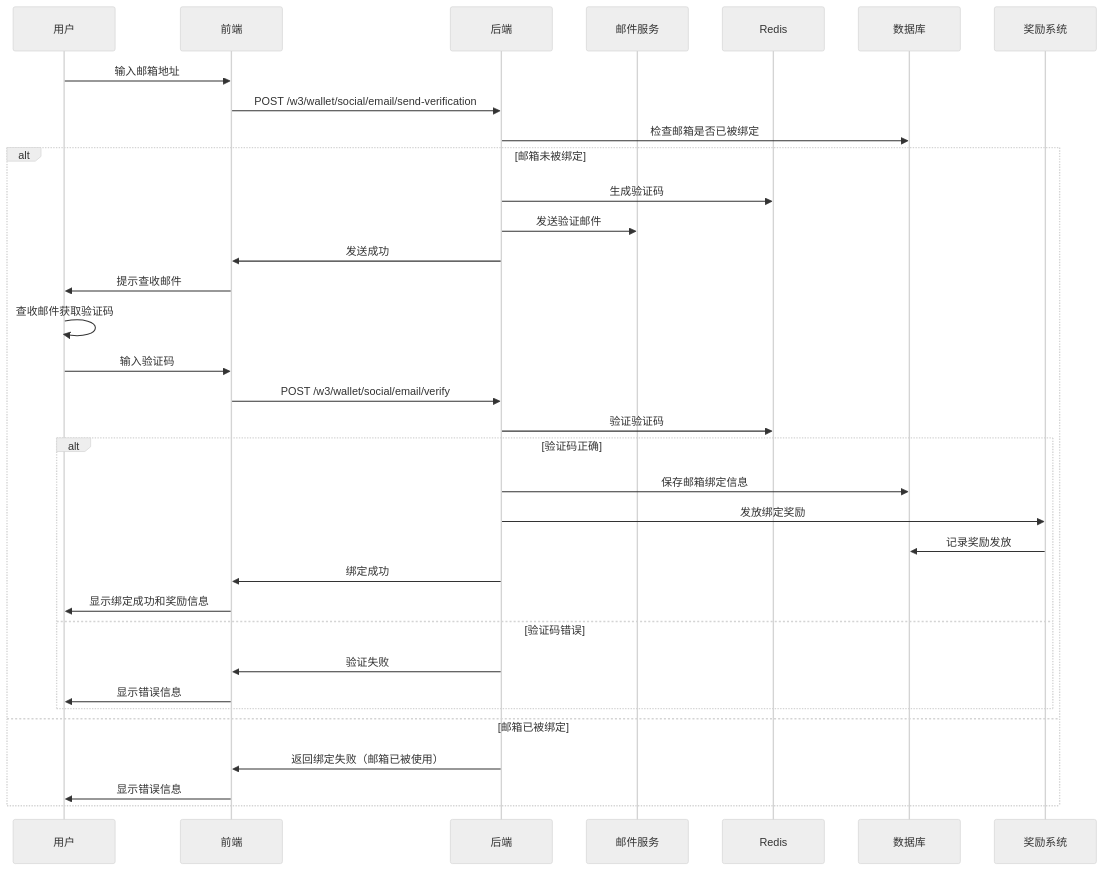
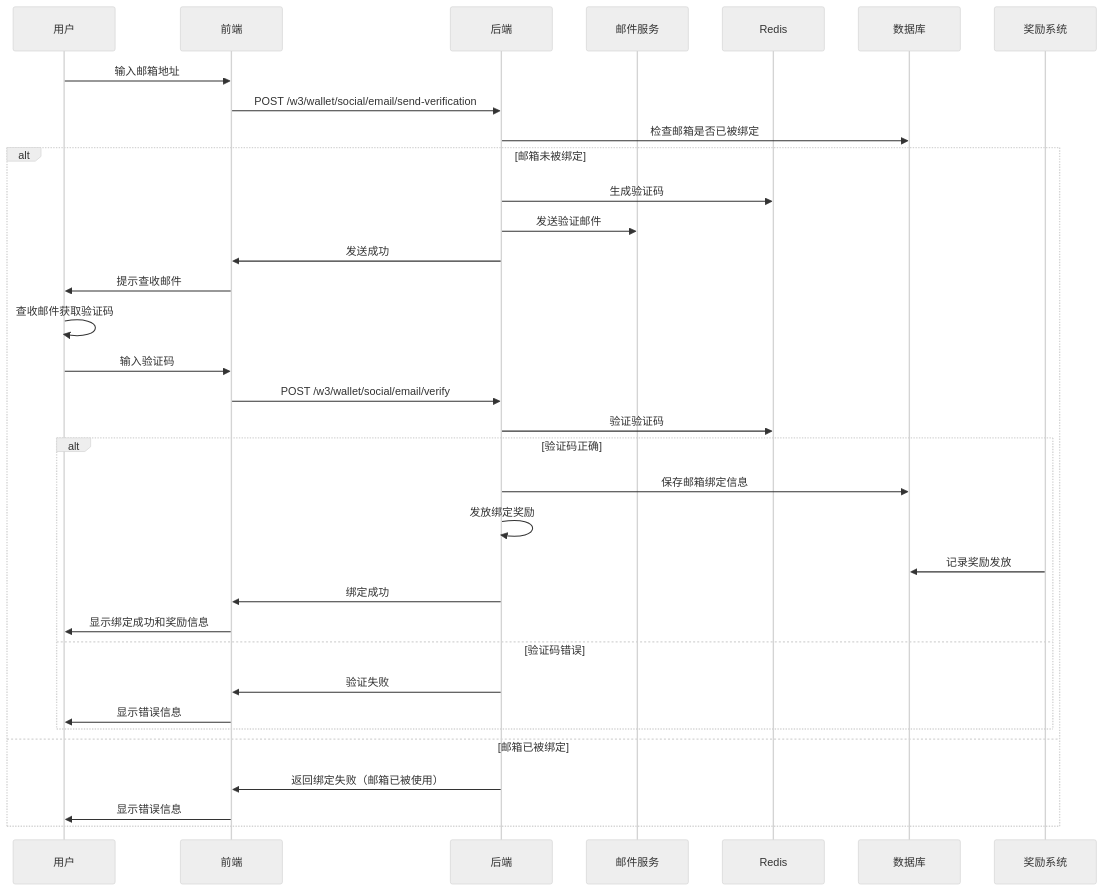
One commit to yingjianzh/iodraw-files changed the diagram in all/未命名-71.md. Above: the diagram before and after it, drawn with Mermaid (neutral theme).

Commit message:
2025-07-03 16:29:14 update

````diff
--- a/all/未命名-71.md
+++ b/all/未命名-71.md
@@ -1,40 +1,40 @@
 ```mermaid
 sequenceDiagram
     participant User as 用户
     participant Frontend as 前端
     participant Backend as 后端
     participant Email as 邮件服务
     participant Redis as Redis
     participant DB as 数据库
     participant Reward as 奖励系统
 
     User->>Frontend: 输入邮箱地址
     Frontend->>Backend: POST /w3/wallet/social/email/send-verification
     Backend->>DB: 检查邮箱是否已被绑定
     
     alt 邮箱未被绑定
         Backend->>Redis: 生成验证码
         Backend->>Email: 发送验证邮件
         Backend->>Frontend: 发送成功
         Frontend->>User: 提示查收邮件
         
         User->>User: 查收邮件获取验证码
         User->>Frontend: 输入验证码
         Frontend->>Backend: POST /w3/wallet/social/email/verify
         Backend->>Redis: 验证验证码
         
         alt 验证码正确
             Backend->>DB: 保存邮箱绑定信息
-            Backend->>Reward: 发放绑定奖励
+            Backend->>Backend: 发放绑定奖励
             Reward->>DB: 记录奖励发放
             Backend->>Frontend: 绑定成功
             Frontend->>User: 显示绑定成功和奖励信息
         else 验证码错误
             Backend->>Frontend: 验证失败
             Frontend->>User: 显示错误信息
         end
     else 邮箱已被绑定
         Backend->>Frontend: 返回绑定失败（邮箱已被使用）
         Frontend->>User: 显示错误信息
     end
 ```
````
